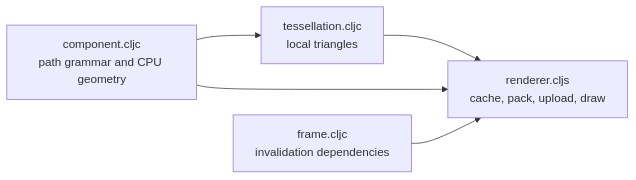
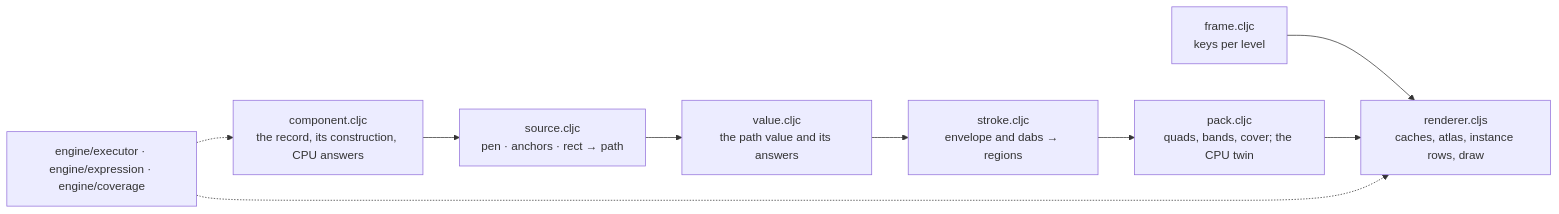
The diagram in src/app/client/path/README.md (sid597/Softland), drawn with Mermaid before and after one commit. The commit also changed other lines of this file and 19 other files, not shown here.

````diff
--- a/src/app/client/path/README.md
+++ b/src/app/client/path/README.md
@@ -7,7 +7,10 @@
 ```mermaid
 flowchart LR
-    C["component.cljc<br/>path grammar and CPU geometry"] --> T["tessellation.cljc<br/>local triangles"]
-    T --> R["renderer.cljs<br/>cache, pack, upload, draw"]
-    C --> R
-    F["frame.cljc<br/>invalidation dependencies"] --> R
+    R["component.cljc<br/>the record, its construction, CPU answers"] --> S["source.cljc<br/>pen · anchors · rect → path"]
+    S --> V["value.cljc<br/>the path value and its answers"]
+    V --> K["stroke.cljc<br/>envelope and dabs → regions"]
+    K --> P["pack.cljc<br/>quads, bands, cover; the CPU twin"]
+    F["frame.cljc<br/>keys per level"] --> N
+    P --> N["renderer.cljs<br/>caches, atlas, instance rows, draw"]
+    E["engine/executor · engine/expression · engine/coverage"] -.-> R & N
 ```
````
